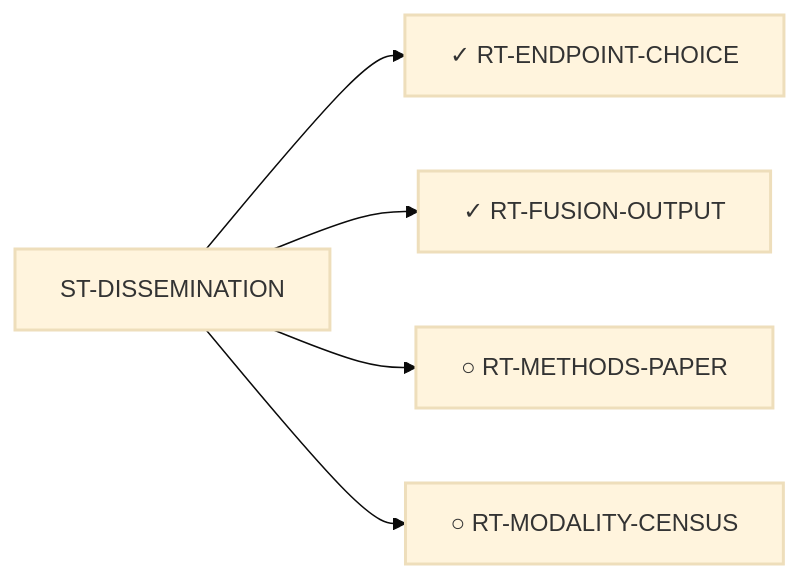
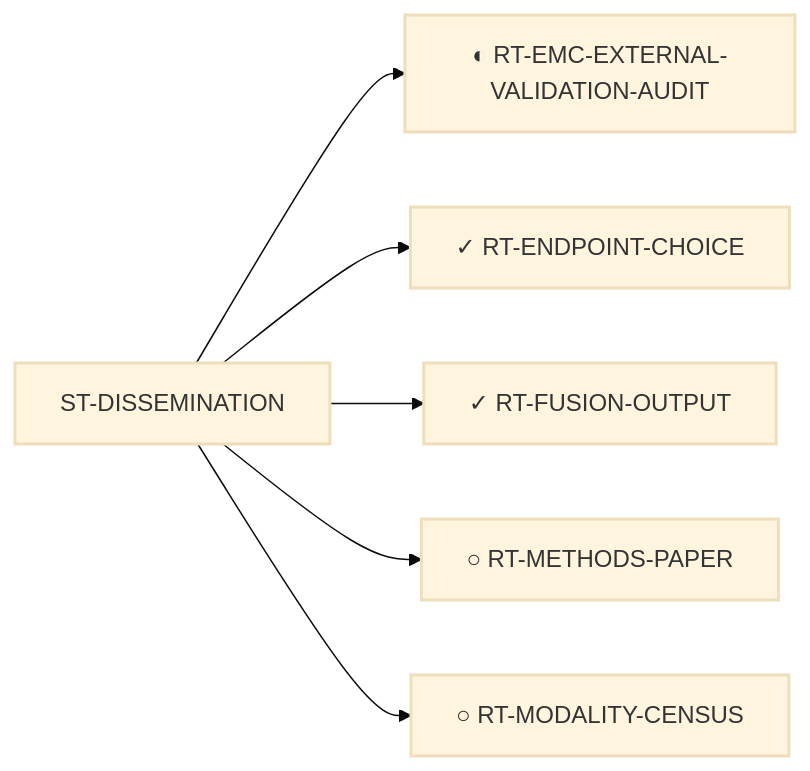
The diagram in systems/views/L1-st-dissemination.md (trimcrae/Rare-cancers), drawn with Mermaid (base theme) before and after one commit. The commit also changed other lines of this file and 187 other files, not shown here.

First line of the commit message:
Prepare external-validation comment source checkpoint

````diff
--- a/systems/views/L1-st-dissemination.md
+++ b/systems/views/L1-st-dissemination.md
@@ -34,17 +34,19 @@
 ```mermaid
 flowchart LR
   ST_DISSEMINATION["ST-DISSEMINATION"]:::fam
+  RT_EMC_EXTERNAL_VALIDATION_AUDIT["◐ RT-EMC-EXTERNAL-VALIDATION-AUDIT"]:::fam
+  ST_DISSEMINATION --> RT_EMC_EXTERNAL_VALIDATION_AUDIT
   RT_ENDPOINT_CHOICE["✓ RT-ENDPOINT-CHOICE"]:::fam
   ST_DISSEMINATION --> RT_ENDPOINT_CHOICE
   RT_FUSION_OUTPUT["✓ RT-FUSION-OUTPUT"]:::fam
   ST_DISSEMINATION --> RT_FUSION_OUTPUT
   RT_METHODS_PAPER["○ RT-METHODS-PAPER"]:::fam
   ST_DISSEMINATION --> RT_METHODS_PAPER
   RT_MODALITY_CENSUS["○ RT-MODALITY-CENSUS"]:::fam
   ST_DISSEMINATION --> RT_MODALITY_CENSUS
 
   classDef fam stroke-width:2px;
   classDef blk stroke-width:2px;
   classDef perm stroke-width:4px;
   classDef tech stroke-width:1px,stroke-dasharray:4 3;
 ```
````
